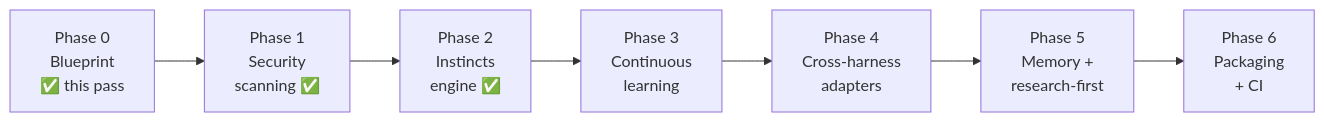
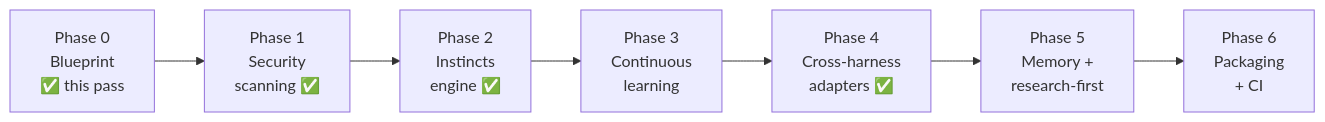
One commit to osxsystem/topology changed the diagram in docs/ROADMAP.md. Above: the diagram before and after it, drawn with Mermaid. The commit also changed other lines of this file, not shown here.

Commit message:
docs(roadmap): Phase 4 cross-harness adapters delivered (ahead of Phase 3)

````diff
--- a/docs/ROADMAP.md
+++ b/docs/ROADMAP.md
@@ -11,9 +13,9 @@
 ```mermaid
 flowchart LR
     P0["Phase 0<br/>Blueprint<br/>✅ this pass"] --> P1["Phase 1<br/>Security<br/>scanning ✅"]
     P1 --> P2["Phase 2<br/>Instincts<br/>engine ✅"]
     P2 --> P3["Phase 3<br/>Continuous<br/>learning"]
-    P3 --> P4["Phase 4<br/>Cross-harness<br/>adapters"]
+    P3 --> P4["Phase 4<br/>Cross-harness<br/>adapters ✅"]
     P4 --> P5["Phase 5<br/>Memory +<br/>research-first"]
     P5 --> P6["Phase 6<br/>Packaging<br/>+ CI"]
 ```
````
